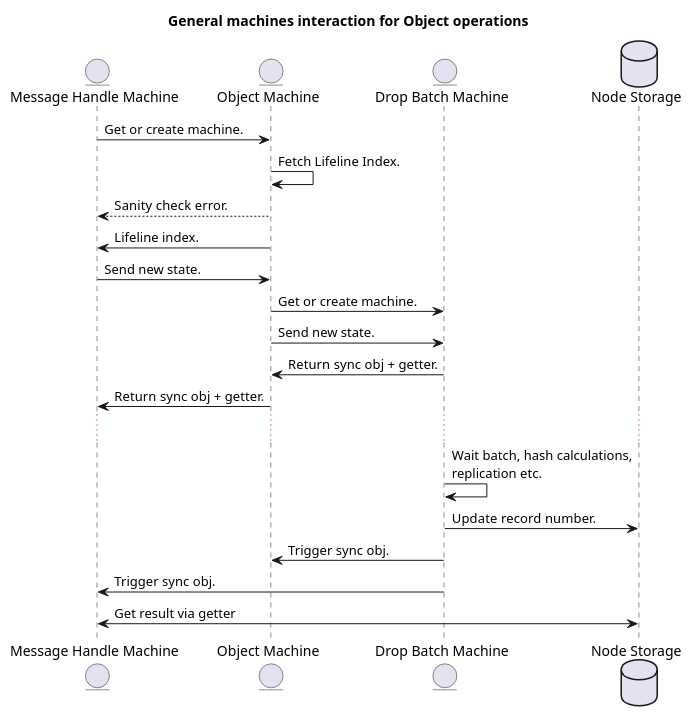
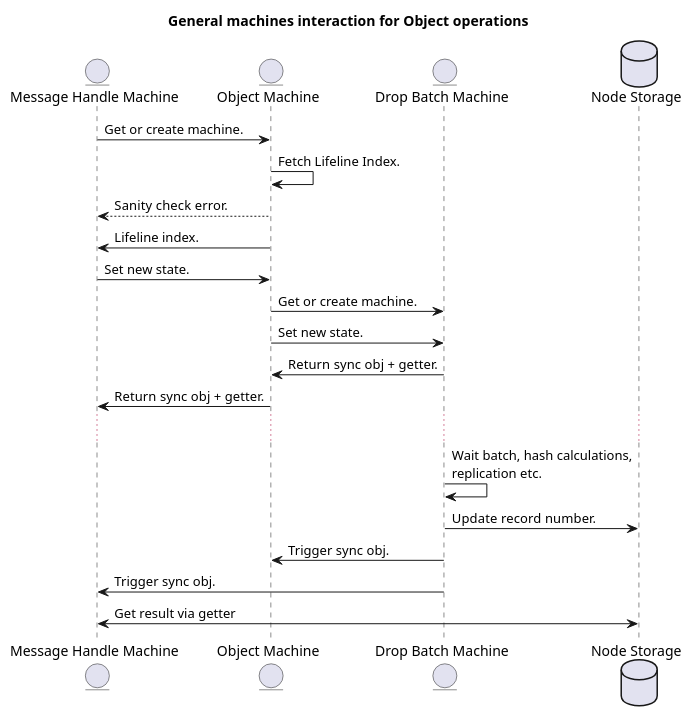
One commit to insolar/assured-ledger changed the diagram in ledger-core/v2/ledger-v2/smachines/general_scheme.puml. Above: the diagram before and after it, drawn with PlantUML. The commit also changed 3 other files, not shown here.

```diff
--- a/ledger-core/v2/ledger-v2/smachines/general_scheme.puml
+++ b/ledger-core/v2/ledger-v2/smachines/general_scheme.puml
@@ -1,25 +1,25 @@
 @startuml
 
 title "General machines interaction for Object operations"
 entity "Message Handle Machine" as m
 entity "Object Machine" as o
 entity "Drop Batch Machine" as d
 database "Node Storage" as db
 
 m -> o : Get or create machine.
 o -> o : Fetch Lifeline Index.
 o --> m : Sanity check error.
 o -> m : Lifeline index.
-m -> o : Send new state.
+m -> o : Set new state.
 o -> d : Get or create machine.
-o -> d : Send new state.
+o -> d : Set new state.
 d -> o : Return sync obj + getter.
 o -> m : Return sync obj + getter.
 ...
 d -> d : Wait batch, hash calculations,\nreplication etc.
 d -> db : Update record number.
 d -> o : Trigger sync obj.
 d -> m : Trigger sync obj.
 m <-> db : Get result via getter
 
 @enduml
```
